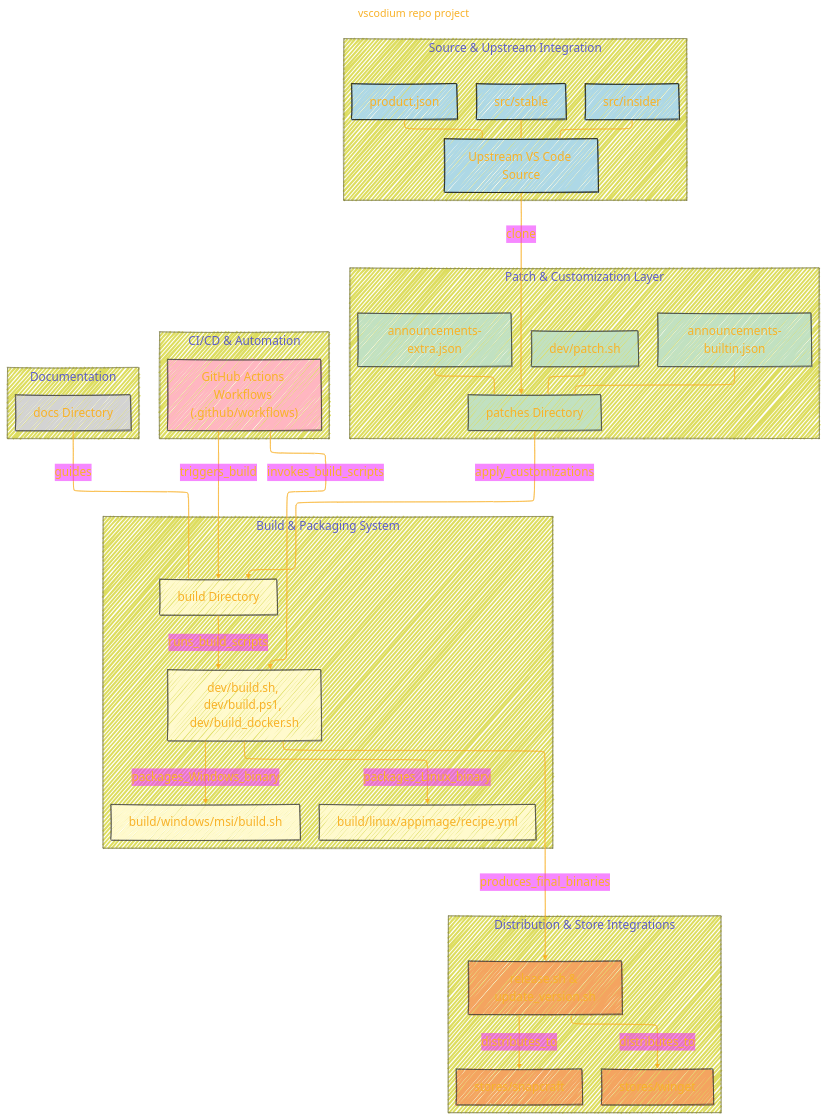
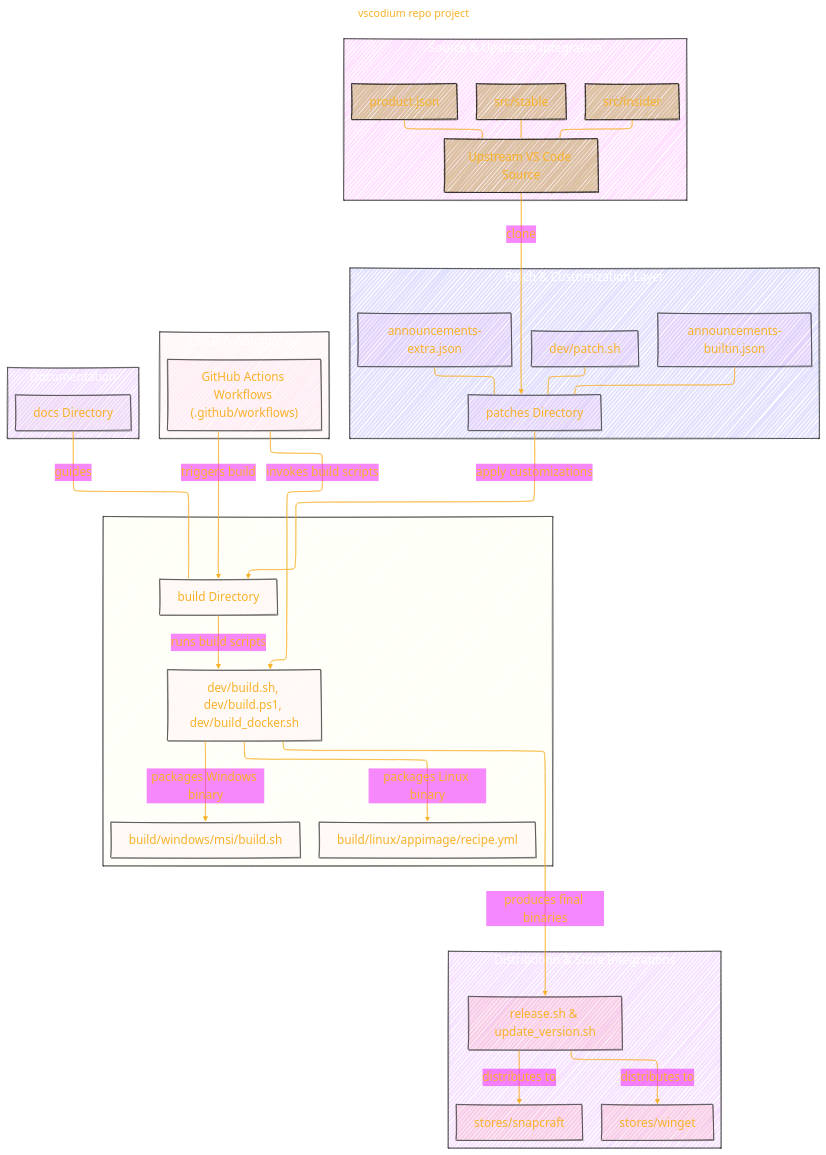
Before and after one commit to CongLeSolutionX/ArchExplorer: the first of 2 diagrams in VSCodium/VSCodium.md, drawn with Mermaid.

Commit message:
update notes

```diff
--- a/VSCodium/VSCodium.md
+++ b/VSCodium/VSCodium.md
@@ -75,45 +75,51 @@
   }
 }%%
 flowchart TD
-    subgraph "Source & Upstream Integration"
+    subgraph Source_and_Upstream_Integration["Source & Upstream Integration"]
+    style Source_and_Upstream_Integration fill:#F2F2,stroke:#333,stroke-width:1px, color: #FFFF
         A1["Upstream VS Code Source"]:::source
         A2["src/insider"]:::source
         A3["src/stable"]:::source
         A4["product.json"]:::source
     end
 
-    subgraph "Patch & Customization Layer"
+    subgraph Patch_and_Customization_Layer["Patch & Customization Layer"]
+    style Patch_and_Customization_Layer fill:#22F2,stroke:#333,stroke-width:1px, color: #FFFF
         B1["patches Directory"]:::patch
         B2["dev/patch.sh"]:::patch
         B3["announcements-builtin.json"]:::patch
         B4["announcements-extra.json"]:::patch
     end
 
-    subgraph "Build & Packaging System"
+    subgraph Build_and_Packaging_System["Build & Packaging System"]
+    style Build_and_Packaging_System fill:#FFB2,stroke:#333,stroke-width:1px, color: #FFFF
         C1["build Directory"]:::build
         C2["dev/build.sh, dev/build.ps1, dev/build_docker.sh"]:::build
         C3["build/linux/appimage/recipe.yml"]:::build
         C4["build/windows/msi/build.sh"]:::build
     end
 
-    subgraph "CI/CD & Automation"
+    subgraph CI_CD_and_Automation["CI/CD & Automation"]
+    style CI_CD_and_Automation fill:#FBB2,stroke:#333,stroke-width:1px, color: #FFFF
         D1["GitHub Actions Workflows (.github/workflows)"]:::cicd
     end
 
-    subgraph "Distribution & Store Integrations"
+    subgraph Distribution_and_Store_Integrations["Distribution & Store Integrations"]
+    style Distribution_and_Store_Integrations fill:#B2F2,stroke:#333,stroke-width:1px, color: #FFFF
         E3["release.sh & update_version.sh"]:::dist
         E1["stores/snapcraft"]:::dist
         E2["stores/winget"]:::dist
     end
 
-    subgraph "Documentation"
+    subgraph Documentation["Documentation"]
+    style Documentation fill:#A2F2,stroke:#333,stroke-width:1px, color: #FFFF
         F1["docs Directory"]:::docs
     end
 
     %% Flow Connections
     %% CI/CD triggers build system
-    D1 -->|"triggers_build"| C1
-    D1 -->|"invokes_build_scripts"| C2
+    D1 -->|"triggers build"| C1
+    D1 -->|"invokes build scripts"| C2
 
     %% Upstream source is cloned and then customized
     A1 -->|"clone"| B1
@@ -122,31 +128,31 @@
     A4 --- A1
 
     %% Patch & customization layer applies modifications
-    B1 -->|"apply_customizations"| C1
+    B1 -->|"apply customizations"| C1
     B2 --- B1
     B3 --- B1
     B4 --- B1
 
     %% Build process: build directory runs scripts to package binaries
-    C1 -->|"runs_build_scripts"| C2
-    C2 -->|"packages_Linux_binary"| C3
-    C2 -->|"packages_Windows_binary"| C4
-    C2 -->|"produces_final_binaries"| E3
+    C1 -->|"runs build scripts"| C2
+    C2 -->|"packages Linux binary"| C3
+    C2 -->|"packages Windows binary"| C4
+    C2 -->|"produces final binaries"| E3
 
     %% Distribution channels receive final binaries
-    E3 -->|"distributes_to"| E1
-    E3 -->|"distributes_to"| E2
+    E3 -->|"distributes to"| E1
+    E3 -->|"distributes to"| E2
 
     %% Documentation supports build and troubleshooting
     F1 ---|"guides"| C1
 
     %% Style Definitions
-    classDef source fill:#ADD8E6,stroke:#000,stroke-width:1px;
-    classDef patch fill:#C1E1C1,stroke:#333,stroke-width:1px;
-    classDef build fill:#FFFACD,stroke:#333,stroke-width:1px;
-    classDef cicd fill:#FFB6C1,stroke:#333,stroke-width:1px;
-    classDef dist fill:#F4A460,stroke:#333,stroke-width:1px;
-    classDef docs fill:#D3D3D3,stroke:#333,stroke-width:1px;
+    classDef source fill:#A826,stroke:#000,stroke-width:1px;
+    classDef patch fill:#C1C1,stroke:#333,stroke-width:1px;
+    classDef build fill:#FCD2,stroke:#333,stroke-width:1px;
+    classDef cicd fill:#F6C1,stroke:#333,stroke-width:1px;
+    classDef dist fill:#F462,stroke:#333,stroke-width:1px;
+    classDef docs fill:#DBD3,stroke:#333,stroke-width:1px;
 
     %% Click Events
     click A1 "https://github.com/vscodium/vscodium/tree/master/upstream"
```
